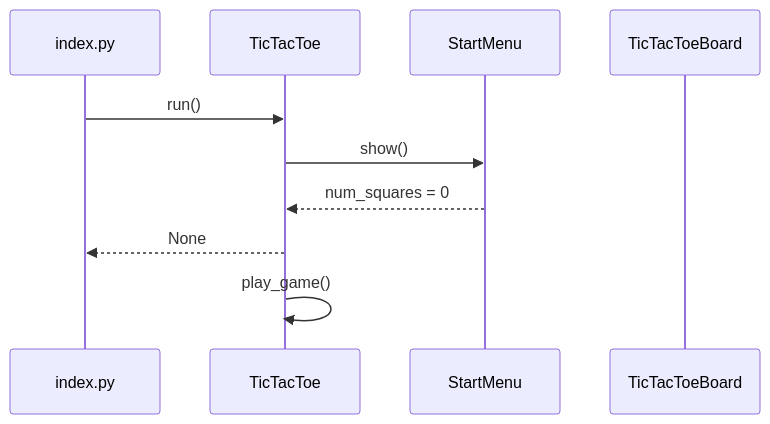
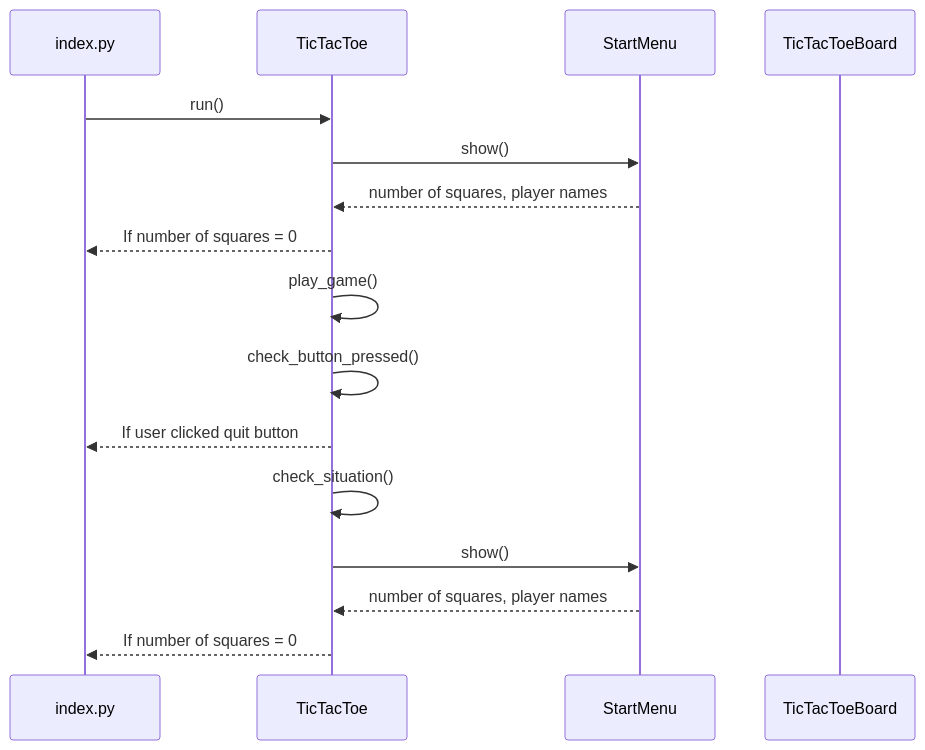
Before and after one commit to TatuSorjonen/ot-harjoitustyo: the fourth of 4 diagrams in maarittelydokumentti/arkkitehtuuri.md, drawn with Mermaid.

````diff
--- a/maarittelydokumentti/arkkitehtuuri.md
+++ b/maarittelydokumentti/arkkitehtuuri.md
@@ -137,13 +137,18 @@
 ```mermaid
 sequenceDiagram
   participant index.py
   participant TicTacToe
   participant StartMenu
   participant TicTacToeBoard
   index.py->> TicTacToe: run()
   TicTacToe->> StartMenu: show()
-  StartMenu-->> TicTacToe: num_squares = 0
-  TicTacToe-->> index.py: None
+  StartMenu-->> TicTacToe: number of squares, player names
+  TicTacToe-->> index.py: If number of squares = 0
   TicTacToe->> TicTacToe: play_game()
-  
+  TicTacToe->> TicTacToe: check_button_pressed()
+  TicTacToe-->> index.py: If user clicked quit button
+  TicTacToe->> TicTacToe: check_situation()
+  TicTacToe->> StartMenu: show()
+  StartMenu-->> TicTacToe: number of squares, player names
+  TicTacToe-->> index.py: If number of squares = 0
 ```
````
